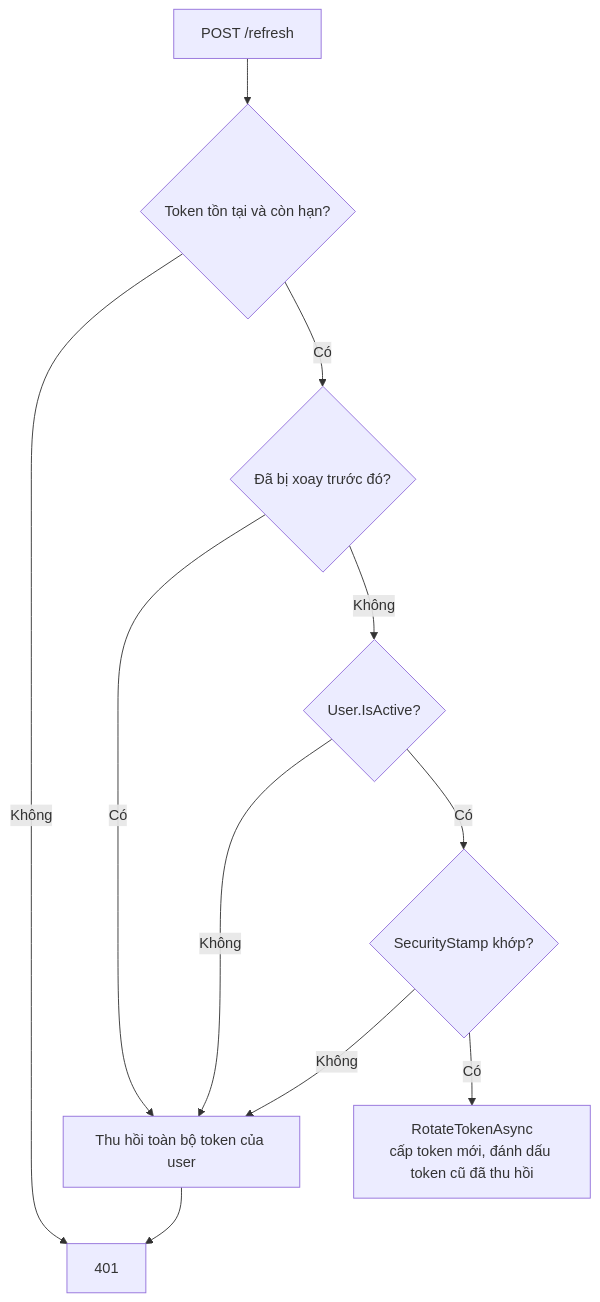
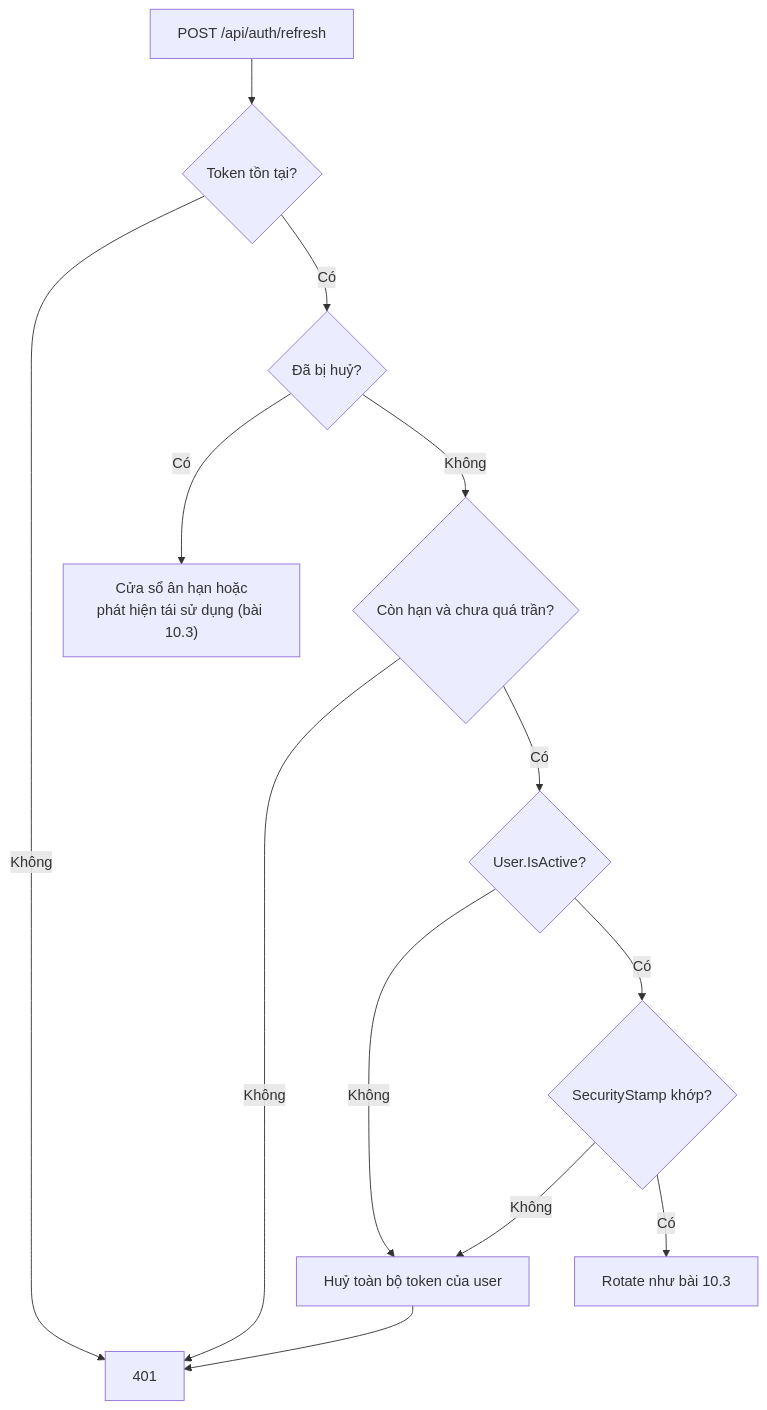
The diagram in lessons/stage-03-aspnet-core-backend/module-10-authentication-authorization/10.12-mini-case-study.md (TienNHM/dotnet-course), drawn with Mermaid before and after one commit. The commit also changed other lines of this file and 30 other files, not shown here.

````diff
--- a/lessons/stage-03-aspnet-core-backend/module-10-authentication-authorization/10.12-mini-case-study.md
+++ b/lessons/stage-03-aspnet-core-backend/module-10-authentication-authorization/10.12-mini-case-study.md
@@ -146,13 +125,15 @@
 ```mermaid
 flowchart TB
-    R["POST /refresh"] --> F{"Token tồn tại và còn hạn?"}
+    R["POST /api/auth/refresh"] --> F{"Token tồn tại?"}
     F -->|"Không"| X["401"]
-    F -->|"Có"| RV{"Đã bị xoay trước đó?"}
-    RV -->|"Có"| ALL["Thu hồi toàn bộ token của user"]
-    RV -->|"Không"| AC{"User.IsActive?"}
-    AC -->|"Không"| ALL
+    F -->|"Có"| RV{"Đã bị huỷ?"}
+    RV -->|"Có"| RU["Cửa sổ ân hạn hoặc<br/>phát hiện tái sử dụng (bài 10.3)"]
+    RV -->|"Không"| E{"Còn hạn và chưa quá trần?"}
+    E -->|"Không"| X
+    E -->|"Có"| AC{"User.IsActive?"}
+    AC -->|"Không"| ALL["Huỷ toàn bộ token của user"]
     AC -->|"Có"| SS{"SecurityStamp khớp?"}
     SS -->|"Không"| ALL
-    SS -->|"Có"| ROT["RotateTokenAsync<br/>cấp token mới, đánh dấu token cũ đã thu hồi"]
+    SS -->|"Có"| ROT["Rotate như bài 10.3"]
     ALL --> X
 ```
````
